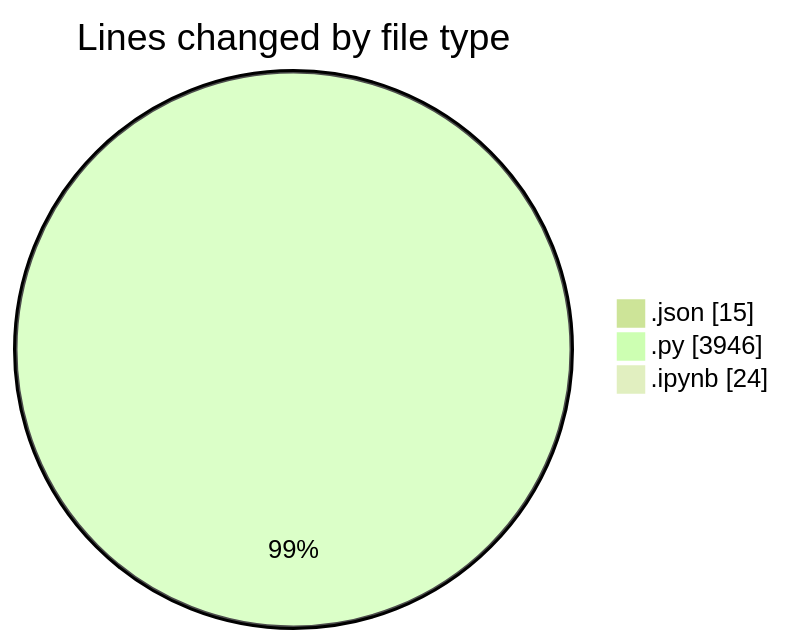
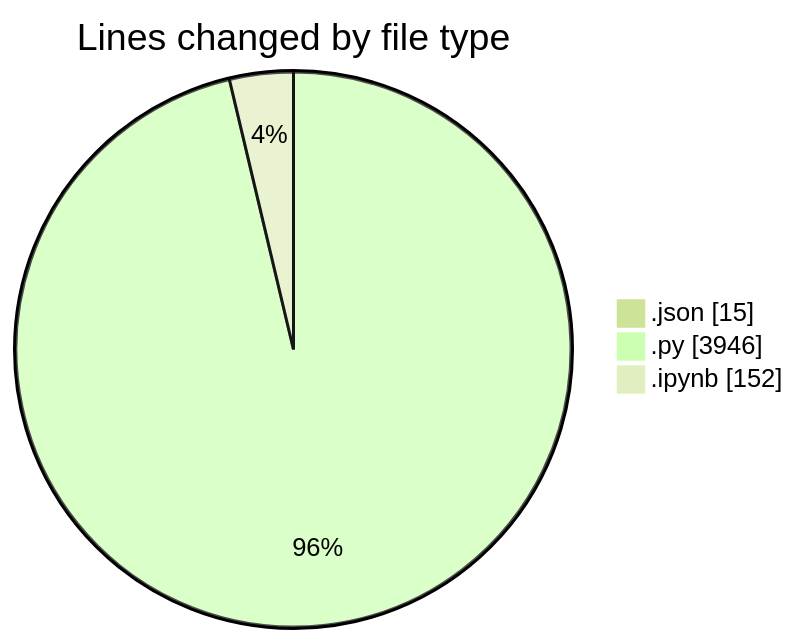
The first of 2 diagrams in 2025-10-04/untitled__workspace_/README.md (MatusMokan/code-tracking), drawn with Mermaid (forest theme) before and after one commit. The commit also changed other lines of this file and 1 other file, not shown here.

````diff
--- a/2025-10-04/untitled__workspace_/README.md
+++ b/2025-10-04/untitled__workspace_/README.md
@@ -23,7 +23,7 @@
 ```mermaid
 pie showData
 title Lines changed by file type
 ".json" : 15
 ".py" : 3946
-".ipynb" : 24
+".ipynb" : 152
 ```
````
